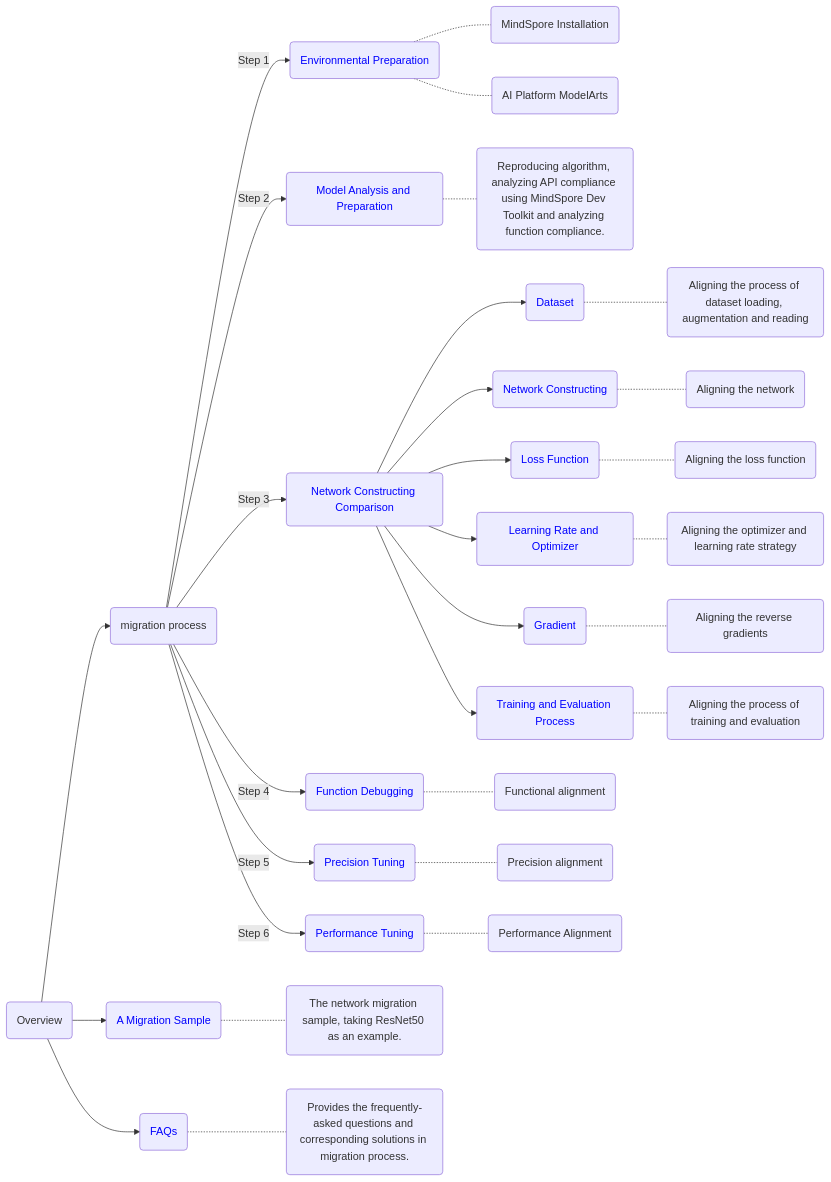
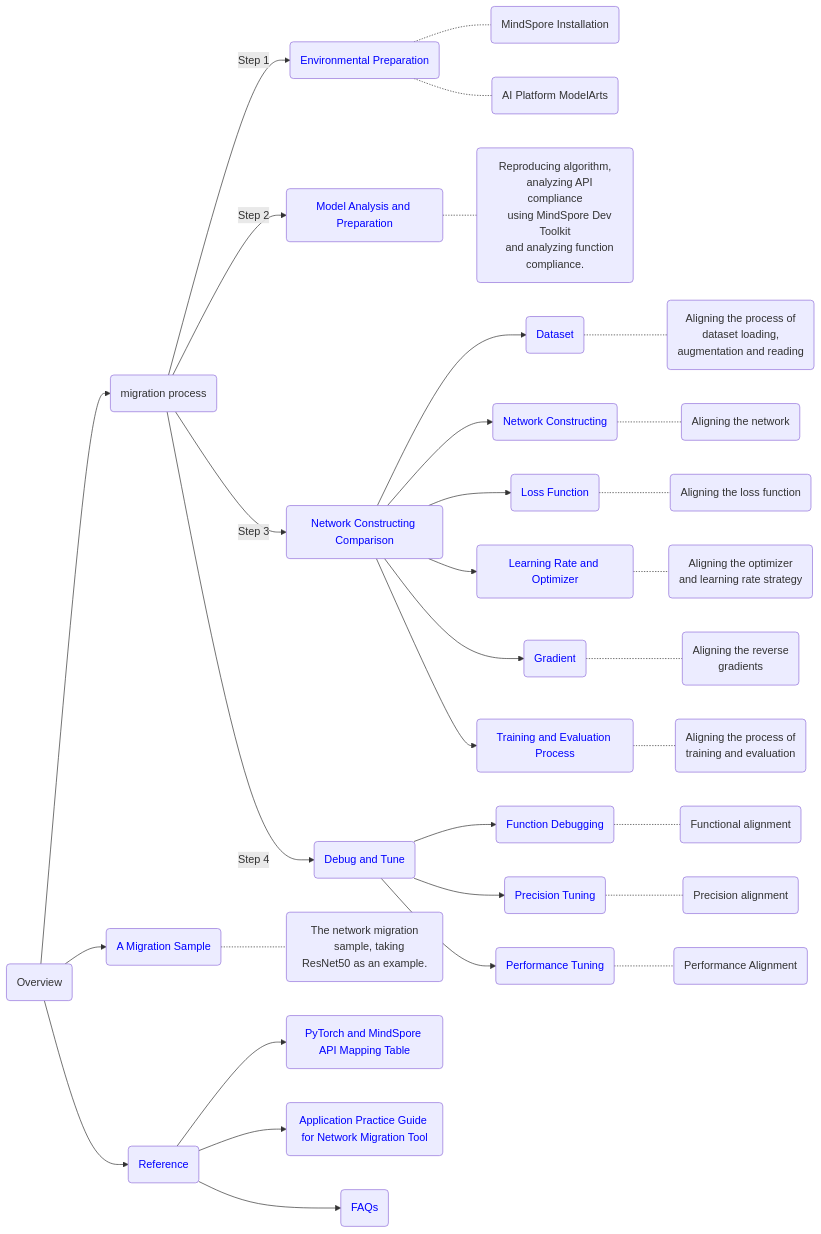
Before and after one commit to mindspore-ai/docs: the diagram in docs/mindspore/source_en/migration_guide/overview.md, drawn with Mermaid. The commit also changed 20 other files, not shown here.

Commit message:
modify err format and mermaid

````diff
--- a/docs/mindspore/source_en/migration_guide/overview.md
+++ b/docs/mindspore/source_en/migration_guide/overview.md
@@ -7,49 +7,67 @@
 ```{mermaid}
-graph LR
-A(Overview)-->B(migration process)
-B-->|Step 1|E(<font color=blue>Environmental Preparation</font>)
-E-.-text1(MindSpore Installation)
-E-.-text2(AI Platform ModelArts)
-B-->|Step 2|F(<font color=blue>Model Analysis and Preparation</font>)
-F-.-text3(Reproducing algorithm, analyzing API compliance using MindSpore Dev Toolkit and analyzing function compliance.)
-B-->|Step 3|G(<font color=blue>Network Constructing Comparison</font>)
-G-->K(<font color=blue>Dataset</font>)
-K-.-text4(Aligning the process of dataset loading, augmentation and reading)
-G-->L(<font color=blue>Network Constructing</font>)
-L-.-text5(Aligning the network)
-G-->P(<font color=blue>Loss Function</font>)
-P-.-text6(Aligning the loss function)
-G-->M(<font color=blue>Learning Rate and Optimizer</font>)
-M-.-text7(Aligning the optimizer and learning rate strategy)
-G-->N(<font color=blue>Gradient</font>)
-N-.-text8(Aligning the reverse gradients)
-G-->O(<font color=blue>Training and Evaluation Process</font>)
-O-.-text9(Aligning the process of training and evaluation)
-B-->|Step 4|H(<font color=blue>Function Debugging</font>)
-H-.-text10(Functional alignment)
-B-->|Step 5|I(<font color=blue>Precision Tuning</font>)
-I-.-text11(Precision alignment)
-B-->|Step 6|J(<font color=blue>Performance Tuning</font>)
-J-.-text12(Performance Alignment)
-A-->C(<font color=blue>A Migration Sample</font>)
-C-.-text13(The network migration sample, taking ResNet50 as an example.)
-A-->D(<font color=blue>FAQs</font>)
-D-.-text14(Provides the frequently-asked questions and corresponding solutions in migration process.)
+flowchart LR
+    A(Overview)-->B(migration process)
+    B-->|Step 1|E(<font color=blue>Environmental Preparation</font>)
+    E-.-text1(MindSpore Installation)
+    E-.-text2(AI Platform ModelArts)
+    B-->|Step 2|F(<font color=blue>Model Analysis and Preparation</font>)
+    F-.-text3("Reproducing algorithm,
+    analyzing API compliance
+    using MindSpore Dev Toolkit
+    and analyzing function compliance.")
+    B-->|Step 3|G(<font color=blue>Network Constructing Comparison</font>)
+    G-->I(<font color=blue>Dataset</font>)
+    I-.-text4("Aligning the process of
+    dataset loading,
+    augmentation and reading")
+    G-->J(<font color=blue>Network Constructing</font>)
+    J-.-text5(Aligning the network)
+    G-->K(<font color=blue>Loss Function</font>)
+    K-.-text6(Aligning the loss function)
+    G-->L(<font color=blue>Learning Rate and Optimizer</font>)
+    L-.-text7("Aligning the optimizer
+    and learning rate strategy")
+    G-->M(<font color=blue>Gradient</font>)
+    M-.-text8("Aligning the reverse
+    gradients")
+    G-->N(<font color=blue>Training and Evaluation Process</font>)
+    N-.-text9("Aligning the process of
+    training and evaluation")
+    B-->|Step 4|H(<font color=blue>Debug and Tune</font>)
+    H-->O(<font color=blue>Function Debugging</font>)
+    O-.-text10(Functional alignment)
+    H-->P(<font color=blue>Precision Tuning</font>)
+    P-.-text11(Precision alignment)
+    H-->Q(<font color=blue>Performance Tuning</font>)
+    Q-.-text12(Performance Alignment)
+    A-->C(<font color=blue>A Migration Sample</font>)
+    C-.-text13("The network migration
+    sample, taking ResNet50 as an example.")
+    A-->D(<font color=blue>Reference</font>)
+    D-->R(<font color=blue>PyTorch and MindSpore API Mapping Table</font>)
+    D-->S(<font color=blue>Application Practice Guide for Network Migration Tool</font>)
+    D-->T(<font color=blue>FAQs</font>)
 
-click C "https://www.mindspore.cn/docs/en/r2.4.1/migration_guide/sample_code.html"
-click D "https://www.mindspore.cn/docs/en/r2.4.1/migration_guide/faq.html"
+    click C "https://www.mindspore.cn/docs/en/r2.4.1/migration_guide/sample_code.html"
+    click D "https://www.mindspore.cn/docs/en/r2.4.1/migration_guide/reference.html"
 
-click E "https://www.mindspore.cn/docs/en/r2.4.1/migration_guide/enveriment_preparation.html"
-click F "https://www.mindspore.cn/docs/en/r2.4.1/migration_guide/analysis_and_preparation.html"
-click G "https://www.mindspore.cn/docs/en/r2.4.1/migration_guide/model_development/model_development.html"
-click H "https://www.mindspore.cn/docs/en/r2.4.1/migration_guide/debug_and_tune.html#function-debugging"
-click I "https://www.mindspore.cn/docs/en/r2.4.1/migration_guide/debug_and_tune.html#precision-tuning"
-click J "https://www.mindspore.cn/docs/en/r2.4.1/migration_guide/debug_and_tune.html#performance-tuning"
+    click E "https://www.mindspore.cn/docs/en/r2.4.1/migration_guide/enveriment_preparation.html"
+    click F "https://www.mindspore.cn/docs/en/r2.4.1/migration_guide/analysis_and_preparation.html"
+    click G "https://www.mindspore.cn/docs/en/r2.4.1/migration_guide/model_development/model_development.html"
+    click H "https://www.mindspore.cn/docs/en/r2.4.1/migration_guide/debug_and_tune.html#debug-and-tune"
 
-click K "https://www.mindspore.cn/docs/en/r2.4.1/migration_guide/model_development/dataset.html"
-click L "https://www.mindspore.cn/docs/en/r2.4.1/migration_guide/model_development/model_and_cell.html"
-click M "https://www.mindspore.cn/docs/en/r2.4.1/migration_guide/model_development/learning_rate_and_optimizer.html"
-click N "https://www.mindspore.cn/docs/en/r2.4.1/migration_guide/model_development/gradient.html"
-click O "https://www.mindspore.cn/docs/en/r2.4.1/migration_guide/model_development/training_and_evaluation.html"
-click P "https://www.mindspore.cn/docs/en/r2.4.1/migration_guide/model_development/loss_function.html"
+    click I "https://www.mindspore.cn/docs/en/r2.4.1/migration_guide/model_development/dataset.html"
+    click J "https://www.mindspore.cn/docs/en/r2.4.1/migration_guide/model_development/model_and_cell.html"
+    click K "https://www.mindspore.cn/docs/en/r2.4.1/migration_guide/model_development/loss_function.html"
+    click L "https://www.mindspore.cn/docs/en/r2.4.1/migration_guide/model_development/learning_rate_and_optimizer.html"
+    click M "https://www.mindspore.cn/docs/en/r2.4.1/migration_guide/model_development/gradient.html"
+    click N "https://www.mindspore.cn/docs/en/r2.4.1/migration_guide/model_development/training_and_evaluation.html"
+
+    click O "https://www.mindspore.cn/docs/en/r2.4.1/migration_guide/debug_and_tune.html#function-debugging"
+    click P "https://www.mindspore.cn/docs/en/r2.4.1/migration_guide/debug_and_tune.html#precision-tuning"
+    click Q "https://www.mindspore.cn/docs/en/r2.4.1/migration_guide/debug_and_tune.html#performance-tuning"
+
+    click R "https://www.mindspore.cn/docs/en/r2.4.1/note/api_mapping/pytorch_api_mapping.html"
+    click S "https://www.mindspore.cn/docs/en/r2.4.1/migration_guide/migrator_with_tools.html"
+    click T "https://www.mindspore.cn/docs/en/r2.4.1/migration_guide/faq.html"
 ```
````
